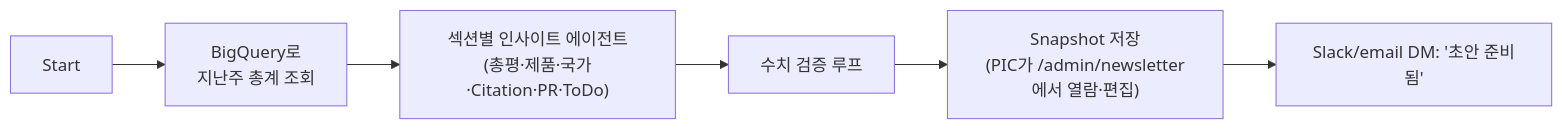
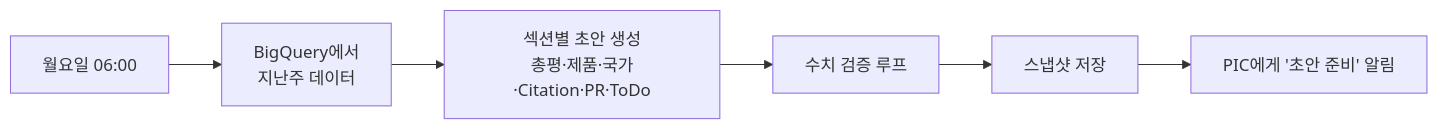
Before and after one commit to mts8787-droid/my-geo-newsletter: the eighth of 9 diagrams in docs/ADMIN_PLAN.md, drawn with Mermaid. The commit also changed other lines of this file, not shown here.

First line of the commit message:
docs: ADMIN_PLAN 쉬운 버전으로 재작성 (v2)

````diff
--- a/docs/ADMIN_PLAN.md
+++ b/docs/ADMIN_PLAN.md
@@ -462,8 +317,8 @@
 ```mermaid
 flowchart LR
-  Start --> GetData["BigQuery로<br/>지난주 총계 조회"]
-  GetData --> DraftE["섹션별 인사이트 에이전트<br/>(총평·제품·국가·Citation·PR·ToDo)"]
-  DraftE --> FactCheck["수치 검증 루프"]
-  FactCheck --> Snap["Snapshot 저장<br/>(PIC가 /admin/newsletter에서 열람·편집)"]
-  Snap --> Notify["Slack/email DM: '초안 준비됨'"]
+  Mon06[월요일 06:00] --> Get[BigQuery에서<br/>지난주 데이터]
+  Get --> Draft[섹션별 초안 생성<br/>총평·제품·국가·Citation·PR·ToDo]
+  Draft --> Check[수치 검증 루프]
+  Check --> Save[스냅샷 저장]
+  Save --> Notify[PIC에게 '초안 준비' 알림]
 ```
````
